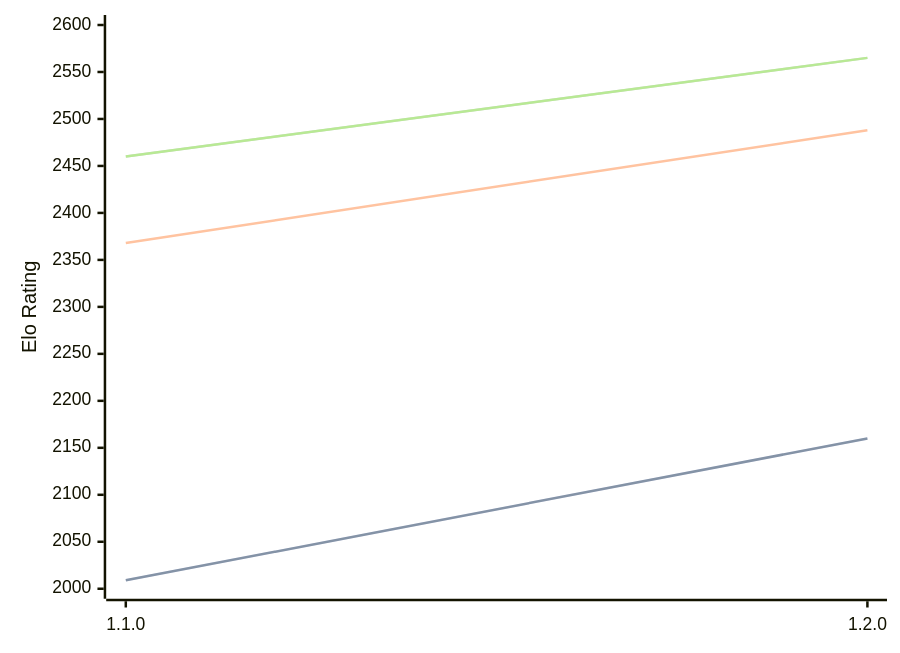
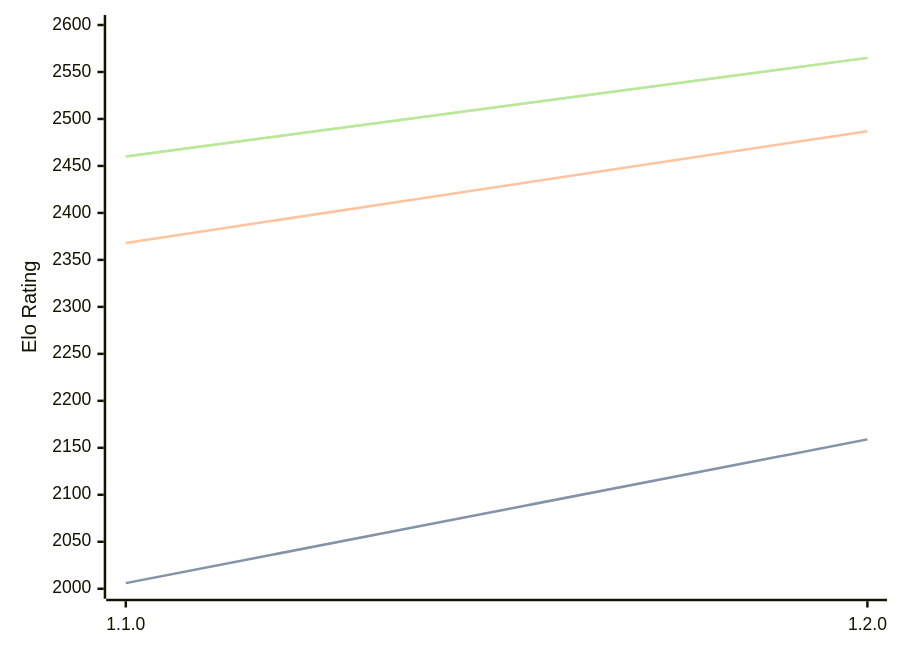
Before and after one commit to computer-chess-index/cci: the diagram in engines/Gyatso.md, drawn with Mermaid. The commit also changed other lines of this file, not shown here.

Commit message:
Update CCI Ratings (ELO VLTC) - 2026-02-28

````diff
--- a/engines/Gyatso.md
+++ b/engines/Gyatso.md
@@ -31,11 +31,11 @@
 ```mermaid
 %%{init: {"theme":"base","themeVariables":{"seriesColors:['#a3a3a3','#222221','#faa371']}}}%%
 xychart-beta
   x-axis ["1.1.0", "1.2.0"]
   y-axis "Elo Rating" 2000 --> 2600
-  line "STC (8.0+0.08s)" [2009, 2160]
-  line "STC (8.0+0.08s)" [2009, 2160]
-  line "LTC (60.0+0.60s)" [2368, 2488]
+  line "STC (8.0+0.08s)" [2006, 2159]
+  line "STC (8.0+0.08s)" [2006, 2159]
+  line "LTC (60.0+0.60s)" [2368, 2487]
   line "VLTC (2m24s+1.12s)" [2460, 2565]
   line "VLTC (2m24s+1.12s)" [2460, 2565]
 ```
````
